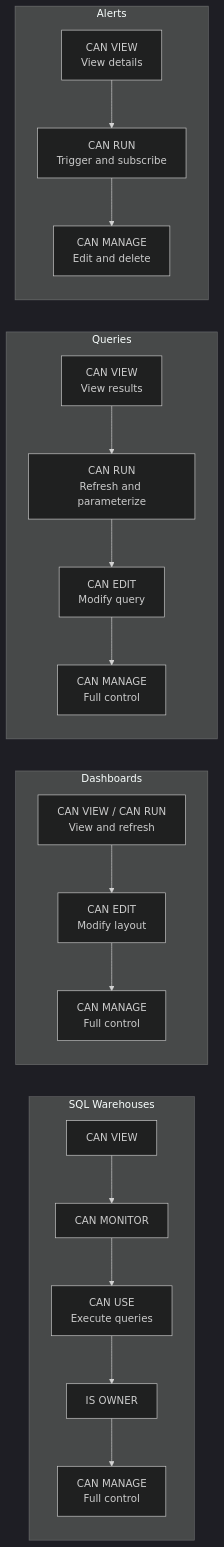
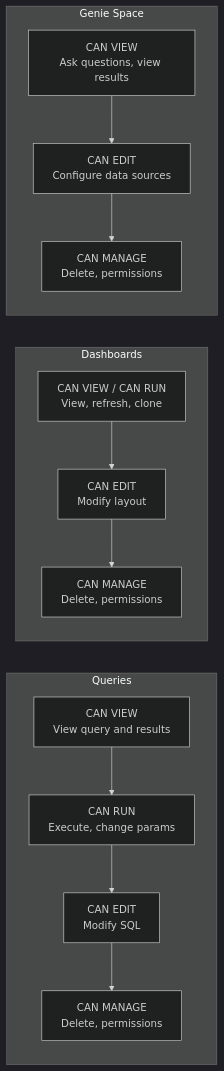
One commit to prati08/databricks-rbac changed the fifth of 14 diagrams in Databricks_workspace.md. Above: the diagram before and after it, drawn with Mermaid (dark theme). The commit also changed other lines of this file, not shown here.

````diff
--- a/Databricks_workspace.md
+++ b/Databricks_workspace.md
@@ -107,22 +105,17 @@
 ```mermaid
 flowchart LR
-    subgraph Warehouses["SQL Warehouses"]
+    subgraph Queries
         direction TB
-        S1["CAN VIEW"] --> S2["CAN MONITOR"] --> S3["CAN USE<br/>Execute queries"] --> S4["IS OWNER"] --> S5["CAN MANAGE<br/>Full control"]
+        Q1["CAN VIEW<br/>View query and results"] --> Q2["CAN RUN<br/>Execute, change params"] --> Q3["CAN EDIT<br/>Modify SQL"] --> Q4["CAN MANAGE<br/>Delete, permissions"]
     end
 
     subgraph Dashboards
         direction TB
-        D1["CAN VIEW / CAN RUN<br/>View and refresh"] --> D2["CAN EDIT<br/>Modify layout"] --> D3["CAN MANAGE<br/>Full control"]
+        D1["CAN VIEW / CAN RUN<br/>View, refresh, clone"] --> D2["CAN EDIT<br/>Modify layout"] --> D3["CAN MANAGE<br/>Delete, permissions"]
     end
 
-    subgraph Queries
+    subgraph GenieSpace["Genie Space"]
         direction TB
-        Q1["CAN VIEW<br/>View results"] --> Q2["CAN RUN<br/>Refresh and parameterize"] --> Q3["CAN EDIT<br/>Modify query"] --> Q4["CAN MANAGE<br/>Full control"]
-    end
-
-    subgraph Alerts
-        direction TB
-        A1["CAN VIEW<br/>View details"] --> A2["CAN RUN<br/>Trigger and subscribe"] --> A3["CAN MANAGE<br/>Edit and delete"]
+        GS1["CAN VIEW<br/>Ask questions, view results"] --> GS2["CAN EDIT<br/>Configure data sources"] --> GS3["CAN MANAGE<br/>Delete, permissions"]
     end
 ```
````
